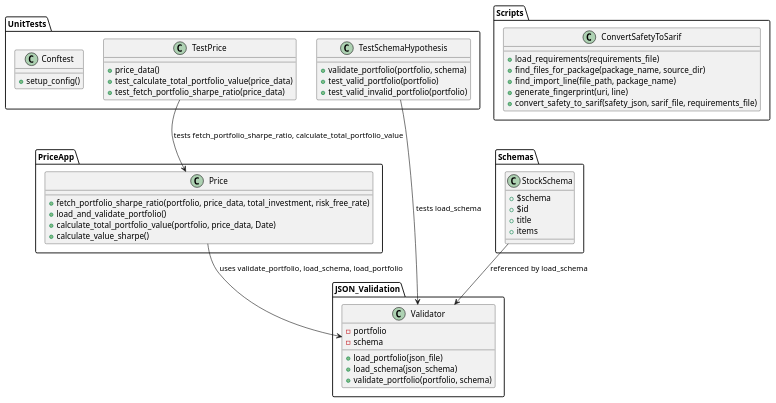
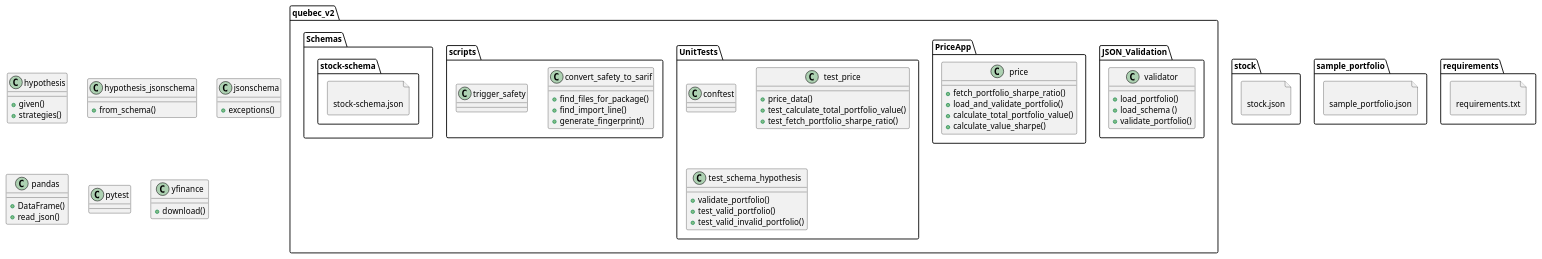
Before and after one commit to kgp33/quebec_v2: the diagram in diagrams/dependencies.puml, drawn with PlantUML. The commit also changed 1 other file, not shown here.

Commit message:
working on some diagrams using plantuml

```diff
--- a/diagrams/dependencies.puml
+++ b/diagrams/dependencies.puml
@@ -1,83 +1,92 @@
-@startuml
-' Package diagram for the project structure
+@startuml modules_diagram
 
-package "JSON_Validation" {
-  class "Validator" {
-    +load_portfolio(json_file)
-    +load_schema(json_schema)
-    +validate_portfolio(portfolio, schema)
-    -portfolio
-    -schema
-  }
+' Allow mixing classes and other UML elements (like files)
+allowmixing
+
+' Define the package structure
+package "quebec_v2" {
+    package "JSON_Validation" {
+        class "validator" {
+        ' Defined functions
+        + load_portfolio()
+        + load_schema ()
+        + validate_portfolio()
+        }
+    }
+    package "PriceApp" {
+        class "price" {
+        ' Defined functions
+        + fetch_portfolio_sharpe_ratio()
+        + load_and_validate_portfolio()
+        + calculate_total_portfolio_value()
+        + calculate_value_sharpe()
+        }
+    }
+    package "UnitTests" {
+        class "conftest"
+        class "test_price" {
+        ' Defined functions
+        + price_data()
+        + test_calculate_total_portfolio_value()
+        + test_fetch_portfolio_sharpe_ratio()
+        }
+        class "test_schema_hypothesis" {
+        ' Defined functions
+         + validate_portfolio()
+         + test_valid_portfolio()
+         + test_valid_invalid_portfolio()
+        }
+
+    }
+    package "scripts" {
+        class "convert_safety_to_sarif" {
+        ' Defined functions
+        + find_files_for_package()
+        + find_import_line()
+        + generate_fingerprint()
+        }
+        class "trigger_safety"
+    }
+    package "Schemas" {
+        ' Marking as a data class (JSON)'
+        file "stock-schema.json" << (S, #FFAAAA) >>
+    }
 }
 
-package "PriceApp" {
-  class "Price" {
-    +fetch_portfolio_sharpe_ratio(portfolio, price_data, total_investment, risk_free_rate)
-    +load_and_validate_portfolio()
-    +calculate_total_portfolio_value(portfolio, price_data, Date)
-    +calculate_value_sharpe()
-  }
+' Define external dependencies as classes
+class "hypothesis" {
+    ' Defined methods
+    + given()
+    + strategies()
 }
 
-package "Scripts" {
-  class "ConvertSafetyToSarif" {
-    +load_requirements(requirements_file)
-    +find_files_for_package(package_name, source_dir)
-    +find_import_line(file_path, package_name)
-    +generate_fingerprint(uri, line)
-    +convert_safety_to_sarif(safety_json, sarif_file, requirements_file)
-  }
+class "hypothesis_jsonschema" {
+    ' Defined methods
+    + from_schema()
 }
 
-package "UnitTests" {
-  class "TestPrice" {
-    +price_data()
-    +test_calculate_total_portfolio_value(price_data)
-    +test_fetch_portfolio_sharpe_ratio(price_data)
-  }
 
-  class "TestSchemaHypothesis" {
-    +validate_portfolio(portfolio, schema)
-    +test_valid_portfolio(portfolio)
-    +test_valid_invalid_portfolio(portfolio)
-  }
-
-  class "Conftest" {
-    +setup_config()
-  }
+class "jsonschema" {
+    ' Defined methods
+    + exceptions()
 }
 
-package "Schemas" {
-  class "StockSchema" {
-    +$schema
-    +$id
-    +title
-    +items
-  }
+class "pandas" {
+    ' Defined methods
+    + DataFrame()
+    + read_json()
+}
+class "pytest" {
+    ' Defined methods
+}
+class "yfinance" {
+    ' Defined methods
+    + download()
 }
 
-' Relationships
-
-' JSON_Validation -> PriceApp
-PriceApp.Price --> JSON_Validation.Validator : uses validate_portfolio, load_schema, load_portfolio
-
-' PriceApp dependencies (Removed external libraries)
-' PriceApp.Price --> yfinance : uses yf.download
-' PriceApp.Price --> pandas : uses pd.DataFrame, pd.isnull
-' PriceApp.Price --> datetime : uses datetime.today().strftime
-
-' Scripts dependencies (Removed external libraries)
-' Scripts.ConvertSafetyToSarif --> JSON_Validation.Validator : uses load_requirements
-' Scripts.ConvertSafetyToSarif --> os : uses os
-' Scripts.ConvertSafetyToSarif --> hashlib : uses hashlib
-' Scripts.ConvertSafetyToSarif --> re : uses regex
-
-' UnitTest dependencies
-UnitTests.TestPrice --> PriceApp.Price : tests fetch_portfolio_sharpe_ratio, calculate_total_portfolio_value
-UnitTests.TestSchemaHypothesis --> JSON_Validation.Validator : tests load_schema
-
-' Other Relationships
-Schemas.StockSchema --> JSON_Validation.Validator : referenced by load_schema
+' Add standalone files
+file "stock.json" << (S, #FFAAAA) >>
+file "sample_portfolio.json" << (S, #FFAAAA) >>
+file "requirements.txt" << (T, #FFFFFF) >>
 
 @enduml
```
